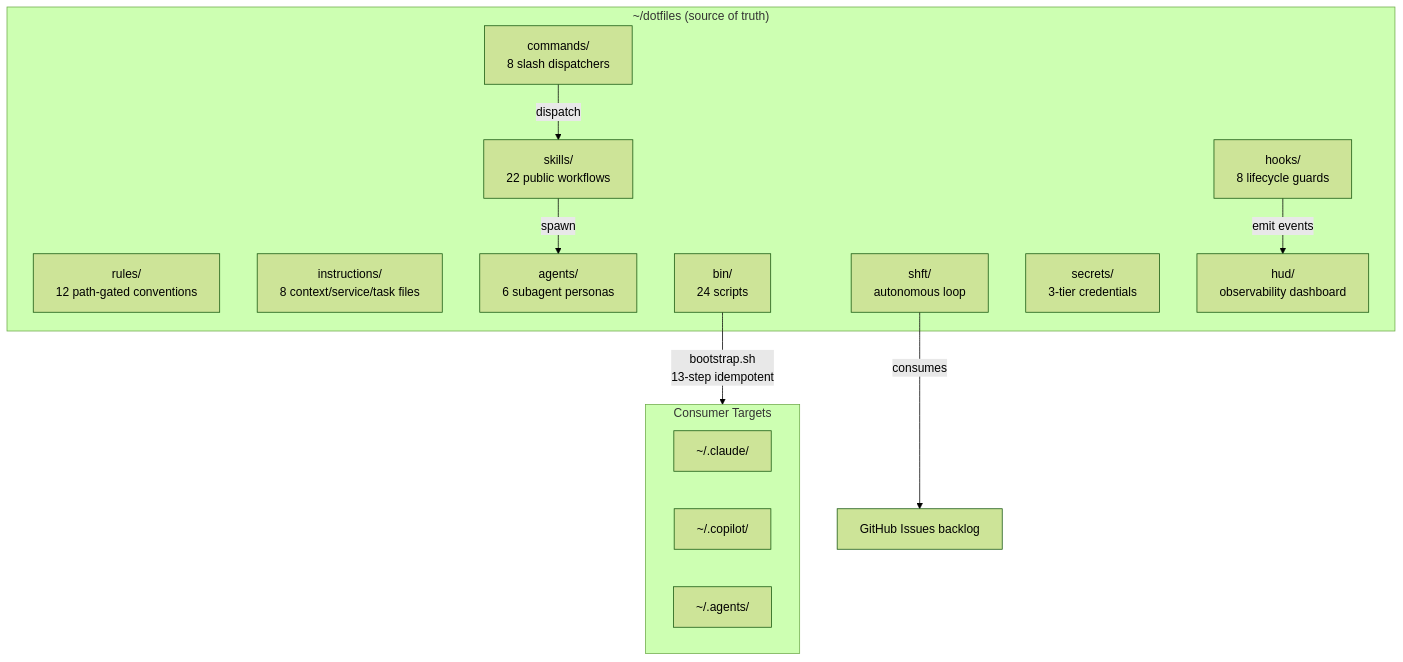
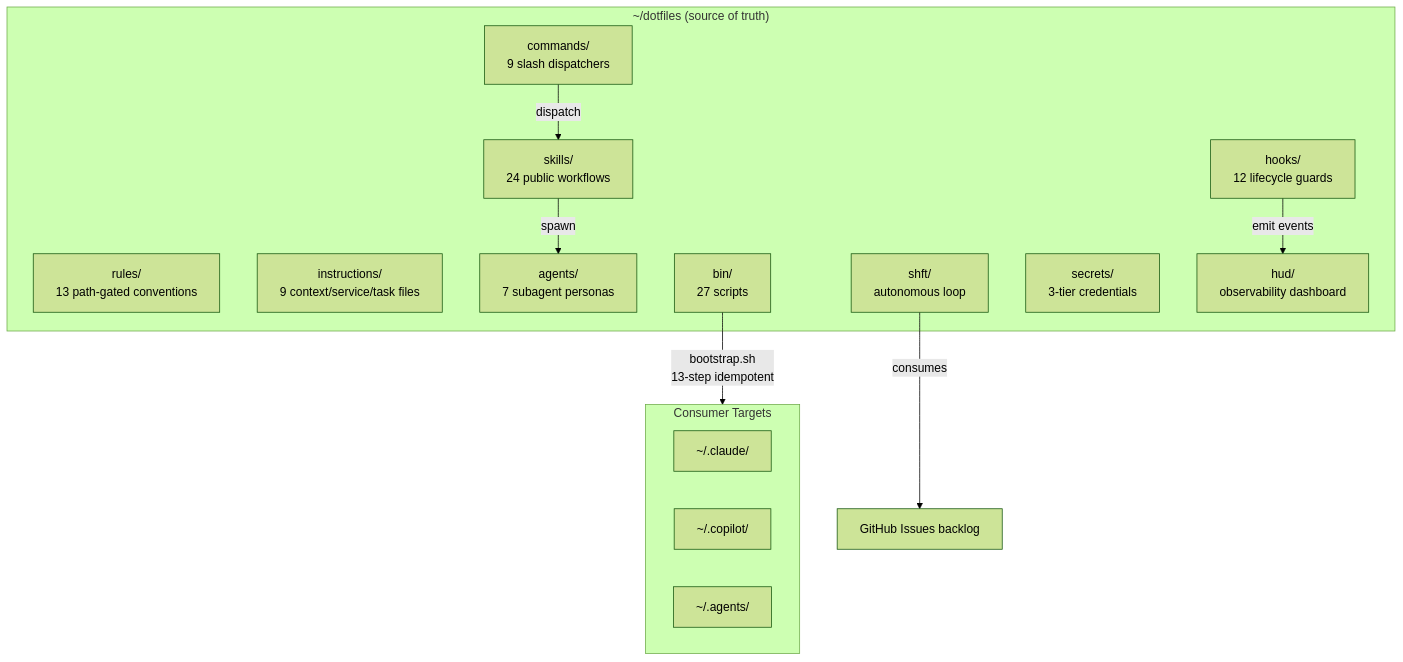
The diagram in docs/ARCHITECTURE.md (arndvs/ctrlshft), drawn with Mermaid (forest theme) before and after one commit. The commit also changed other lines of this file, not shown here.

Commit message:
docs(arch): update component counts to match actual
Addresses Copilot review on PR #75:
- docs/ARCHITECTURE.md:21 — "hard-coded component counts are already out of date"

Updated mermaid diagram and subsystems table:
rules 12→13, instructions 8→9, skills 22→24, agents 6→7,
commands 8→9, hooks 8→12, bin 24→27.

````diff
--- a/docs/ARCHITECTURE.md
+++ b/docs/ARCHITECTURE.md
@@ -12,27 +12,27 @@
 ```mermaid
 graph TB
     subgraph "~/dotfiles (source of truth)"
-        RULES["rules/<br/>12 path-gated conventions"]
-        INST["instructions/<br/>8 context/service/task files"]
-        SKILLS["skills/<br/>22 public workflows"]
-        AGENTS["agents/<br/>6 subagent personas"]
-        CMDS["commands/<br/>8 slash dispatchers"]
-        HOOKS["hooks/<br/>8 lifecycle guards"]
-        BIN["bin/<br/>24 scripts"]
+        RULES["rules/<br/>13 path-gated conventions"]
+        INST["instructions/<br/>9 context/service/task files"]
+        SKILLS["skills/<br/>24 public workflows"]
+        AGENTS["agents/<br/>7 subagent personas"]
+        CMDS["commands/<br/>9 slash dispatchers"]
+        HOOKS["hooks/<br/>12 lifecycle guards"]
+        BIN["bin/<br/>27 scripts"]
         SHFT["shft/<br/>autonomous loop"]
         SECRETS["secrets/<br/>3-tier credentials"]
         HUD["hud/<br/>observability dashboard"]
     end
 
     BIN -->|"bootstrap.sh<br/>13-step idempotent"| CONSUMERS
     subgraph CONSUMERS["Consumer Targets"]
         CLAUDE["~/.claude/"]
         COPILOT["~/.copilot/"]
         AGENTSDIR["~/.agents/"]
     end
 
     CMDS -->|"dispatch"| SKILLS
     SKILLS -->|"spawn"| AGENTS
     HOOKS -->|"emit events"| HUD
     SHFT -->|"consumes"| ISSUES["GitHub Issues backlog"]
 ```
````
